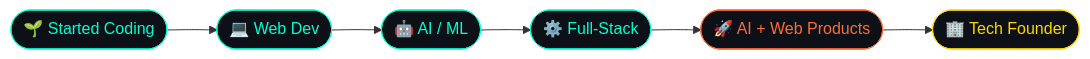
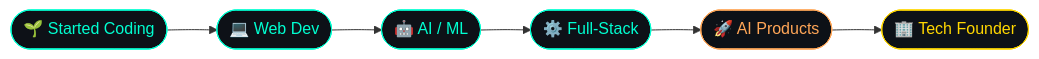
The diagram in README.md (codeby-Vishwajeet/codeby-Vishwajeet), drawn with Mermaid before and after one commit. The commit also changed other lines of this file, not shown here.

````diff
--- a/README.md
+++ b/README.md
@@ -232,15 +237,15 @@
 ```mermaid
 graph LR
     A([🌱 Started Coding]) --> B([💻 Web Dev])
     B --> C([🤖 AI / ML])
     C --> D([⚙️ Full-Stack])
-    D --> E([🚀 AI + Web Products])
+    D --> E([🚀 AI Products])
     E --> F([🏢 Tech Founder])
 
-    style A fill:#0D1117,stroke:#00FFD1,color:#00FFD1
-    style B fill:#0D1117,stroke:#00FFD1,color:#00FFD1
-    style C fill:#0D1117,stroke:#00FFD1,color:#00FFD1
-    style D fill:#0D1117,stroke:#00FFD1,color:#00FFD1
-    style E fill:#0D1117,stroke:#FF6B35,color:#FF6B35
-    style F fill:#0D1117,stroke:#FFD700,color:#FFD700
+    style A fill:#0d1117,stroke:#00FFD1,color:#00FFD1
+    style B fill:#0d1117,stroke:#00FFD1,color:#00FFD1
+    style C fill:#0d1117,stroke:#00FFD1,color:#00FFD1
+    style D fill:#0d1117,stroke:#00FFD1,color:#00FFD1
+    style E fill:#0d1117,stroke:#ffa657,color:#ffa657
+    style F fill:#0d1117,stroke:#FFD700,color:#FFD700
 ```
````
